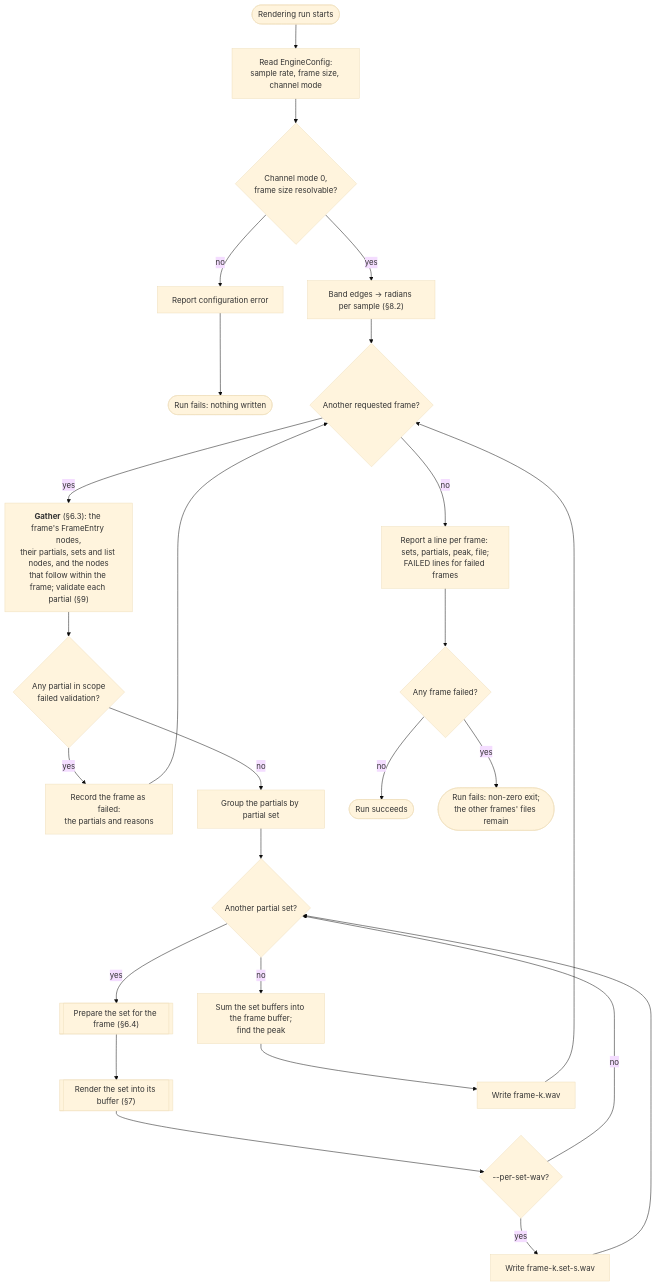
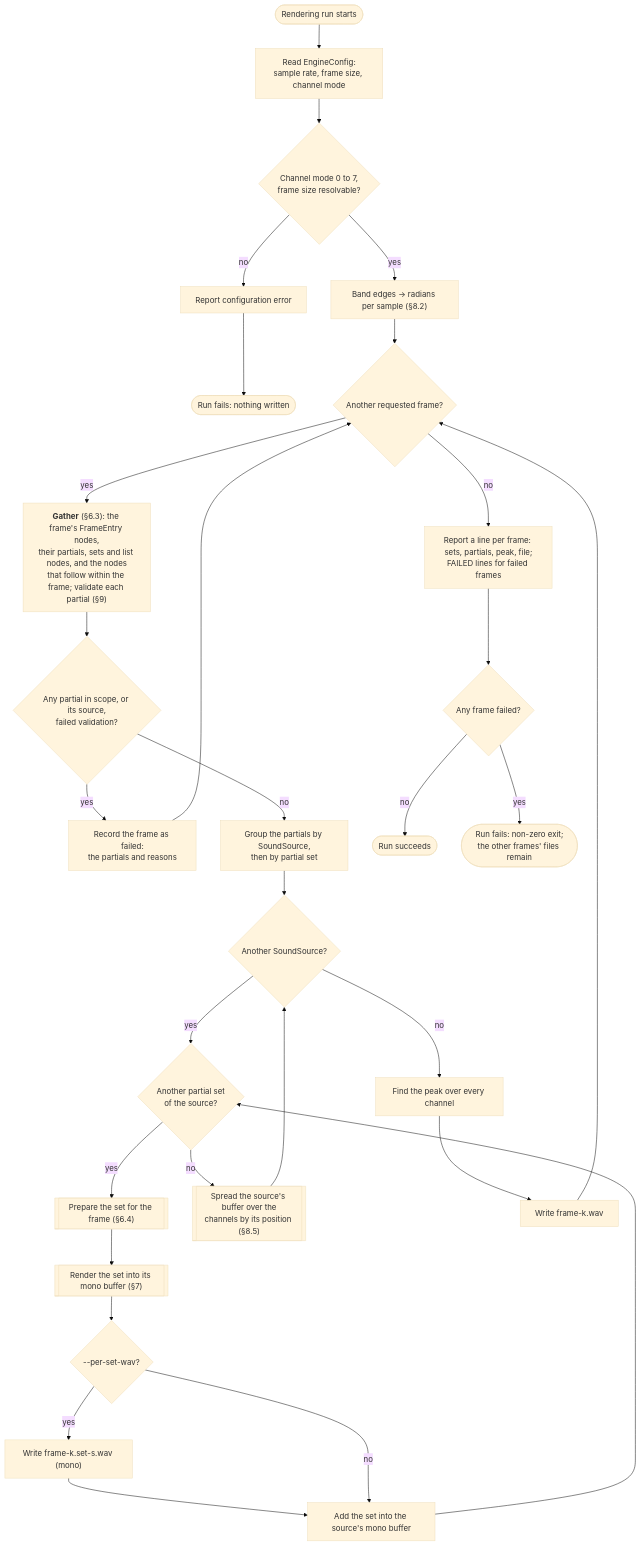
The first of 2 diagrams in rendering-engine/docs/rendering.md (broadya/RAINBOHz), drawn with Mermaid (base theme) before and after one commit. The commit also changed other lines of this file and 51 other files, not shown here.

First line of the commit message:
Render spatial position per SoundSource to all eight channel modes

````diff
--- a/rendering-engine/docs/rendering.md
+++ b/rendering-engine/docs/rendering.md
@@ -223,24 +248,28 @@
 ```mermaid
 flowchart TD
     start(["Rendering run starts"]) --> cfg["Read EngineConfig:<br/>sample rate, frame size, channel mode"]
-    cfg --> cfgOk{"Channel mode 0,<br/>frame size resolvable?"}
+    cfg --> cfgOk{"Channel mode 0 to 7,<br/>frame size resolvable?"}
     cfgOk -- no --> fatal["Report configuration error"] --> failRun(["Run fails: nothing written"])
     cfgOk -- yes --> rolloff["Band edges → radians per sample (§8.2)"]
     rolloff --> more{"Another requested frame?"}
     more -- yes --> scope["<b>Gather</b> (§6.3): the frame's FrameEntry nodes,<br/>their partials, sets and list nodes, and the nodes<br/>that follow within the frame; validate each partial (§9)"]
-    scope --> anyBad{"Any partial in scope<br/>failed validation?"}
+    scope --> anyBad{"Any partial in scope, or its source,<br/>failed validation?"}
     anyBad -- yes --> skip["Record the frame as failed:<br/>the partials and reasons"] --> more
-    anyBad -- no --> group["Group the partials by partial set"]
-    group --> setLoop{"Another partial set?"}
+    anyBad -- no --> group["Group the partials by SoundSource,<br/>then by partial set"]
+    group --> srcLoop{"Another SoundSource?"}
+    srcLoop -- yes --> setLoop{"Another partial set<br/>of the source?"}
     setLoop -- yes --> plan[["Prepare the set for the frame (§6.4)"]]
-    plan --> render[["Render the set into its buffer (§7)"]]
+    plan --> render[["Render the set into its mono buffer (§7)"]]
     render --> perSet{"--per-set-wav?"}
-    perSet -- yes --> writeSet["Write frame-k.set-s.wav"] --> setLoop
-    perSet -- no --> setLoop
-    setLoop -- no --> sum["Sum the set buffers into the frame buffer;<br/>find the peak"]
-    sum --> write["Write frame-k.wav"] --> more
+    perSet -- yes --> writeSet["Write frame-k.set-s.wav (mono)"] --> addSet
+    perSet -- no --> addSet["Add the set into the source's mono buffer"]
+    addSet --> setLoop
+    setLoop -- no --> spat[["Spread the source's buffer over the<br/>channels by its position (§8.5)"]]
+    spat --> srcLoop
+    srcLoop -- no --> peak["Find the peak over every channel"]
+    peak --> write["Write frame-k.wav"] --> more
     more -- no --> report["Report a line per frame: sets, partials, peak, file;<br/>FAILED lines for failed frames"]
     report --> anyErr{"Any frame failed?"}
     anyErr -- no --> exitOk(["Run succeeds"])
     anyErr -- yes --> exitErr(["Run fails: non-zero exit;<br/>the other frames' files remain"])
 ```
````
